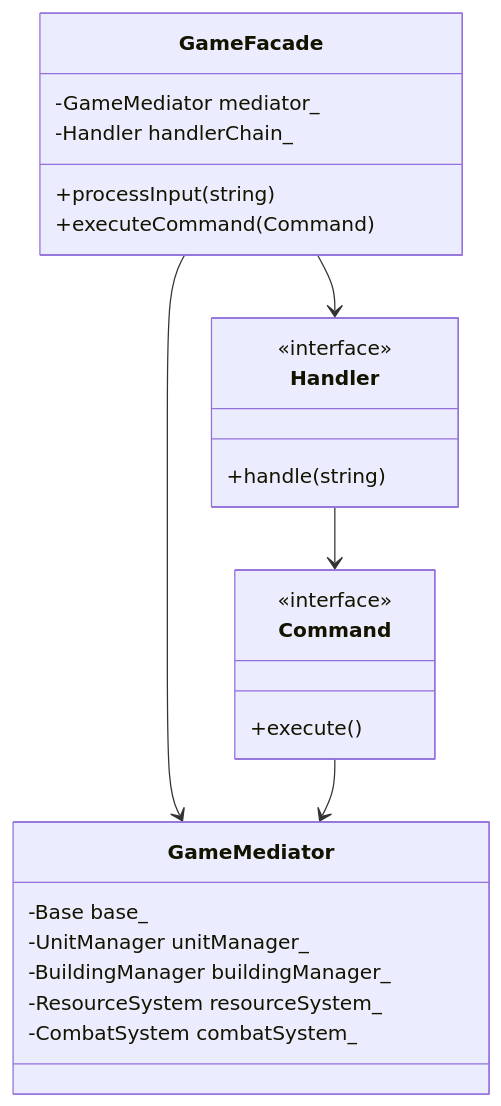
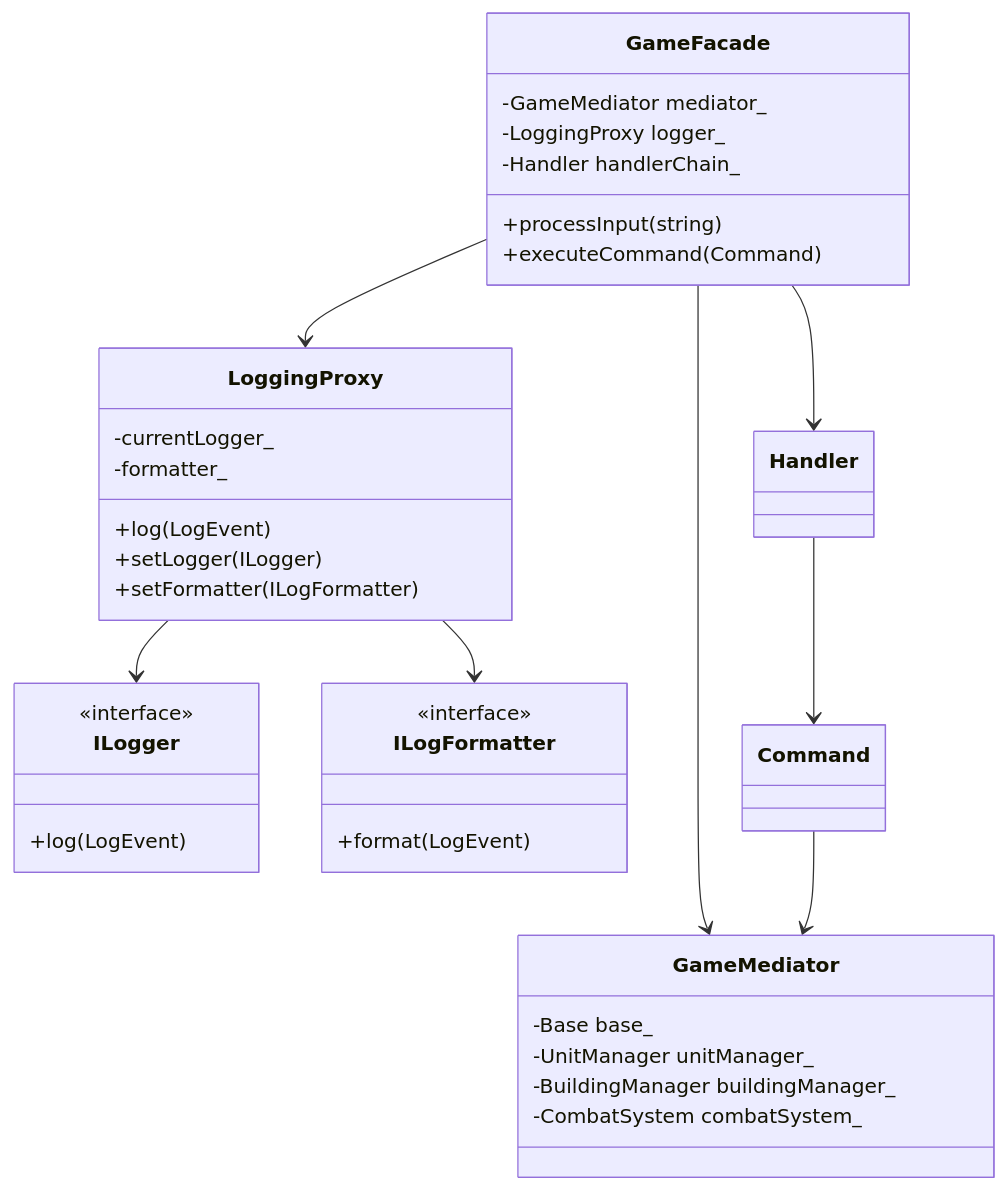
One commit to aqcbb/mmorpg changed the diagram in README.md. Above: the diagram before and after it, drawn with Mermaid. The commit also changed other lines of this file and 1 other file, not shown here.

Commit message:
docs: update README with lab 4 logging architecture, commands and demo gifs

````diff
--- a/README.md
+++ b/README.md
@@ -20,28 +21,39 @@
 ```mermaid
 classDiagram
     class GameFacade {
         -GameMediator mediator_
+        -LoggingProxy logger_
         -Handler handlerChain_
         +processInput(string)
         +executeCommand(Command)
     }
     class GameMediator {
         -Base base_
         -UnitManager unitManager_
         -BuildingManager buildingManager_
-        -ResourceSystem resourceSystem_
         -CombatSystem combatSystem_
     }
-    class Command {
+    class LoggingProxy {
+        -currentLogger_
+        -formatter_
+        +log(LogEvent)
+        +setLogger(ILogger)
+        +setFormatter(ILogFormatter)
+    }
+    class ILogger {
         <<interface>>
-        +execute()
+        +log(LogEvent)
     }
-    class Handler {
+    class ILogFormatter {
         <<interface>>
-        +handle(string)
+        +format(LogEvent)
     }
+    
     GameFacade --> GameMediator
+    GameFacade --> LoggingProxy
     GameFacade --> Handler
+    LoggingProxy --> ILogger
+    LoggingProxy --> ILogFormatter
     Handler --> Command
     Command --> GameMediator
 ```
````
